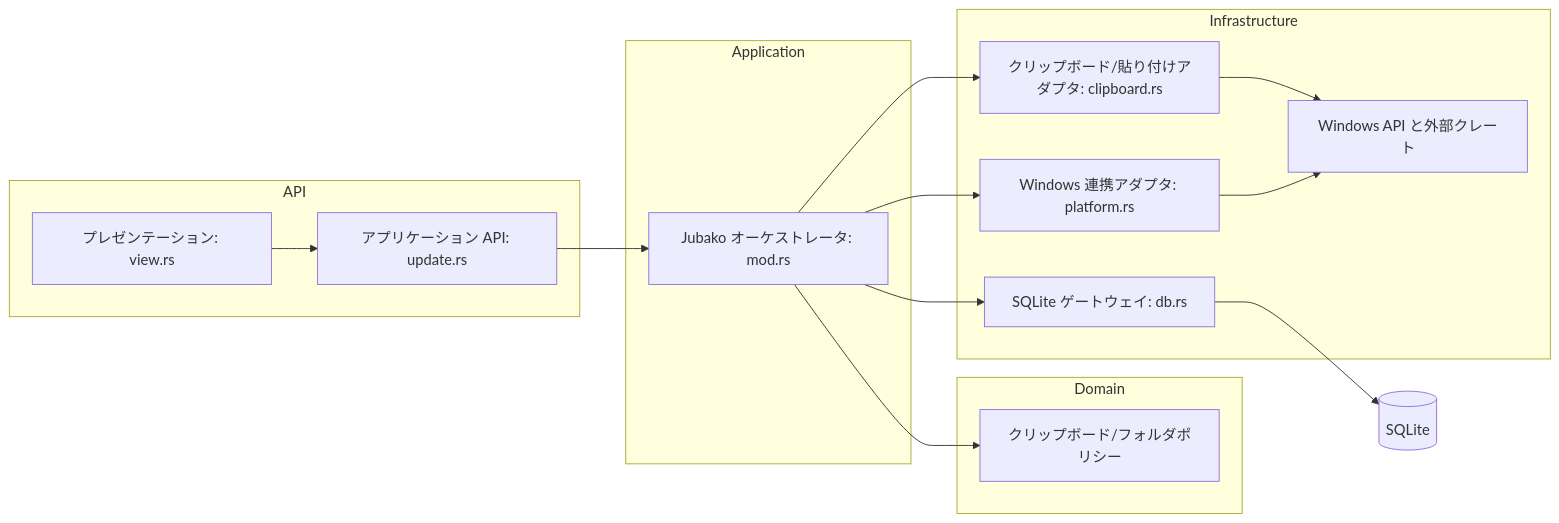
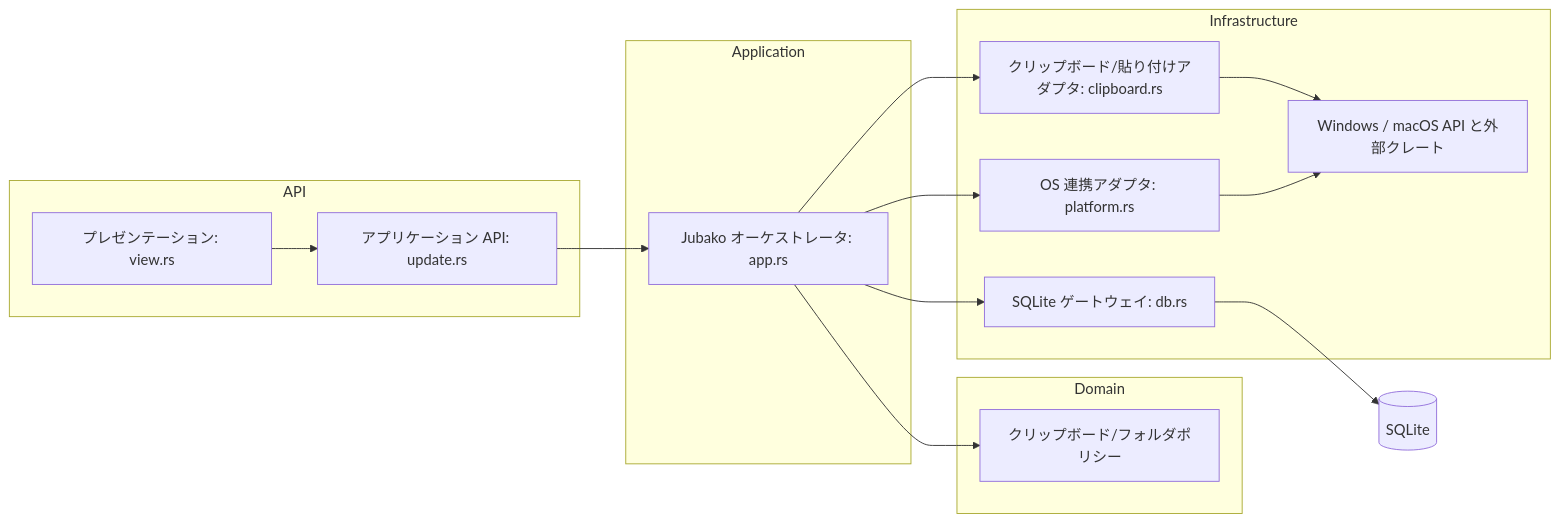
One commit to puuuii/Jubako changed the diagram in docs/architecture/02_components/components.md. Above: the diagram before and after it, drawn with Mermaid. The commit also changed other lines of this file and 25 other files, not shown here.

````diff
--- a/docs/architecture/02_components/components.md
+++ b/docs/architecture/02_components/components.md
@@ -9,32 +9,32 @@
 ```mermaid
 flowchart LR
     subgraph API
         View[プレゼンテーション: view.rs]
         Update[アプリケーション API: update.rs]
     end
 
     subgraph Application
-        AppState[Jubako オーケストレータ: mod.rs]
+        AppState[Jubako オーケストレータ: app.rs]
     end
 
     subgraph Domain
         Policies[クリップボード/フォルダポリシー]
     end
 
     subgraph Infrastructure
         Db[SQLite ゲートウェイ: db.rs]
         ClipAdapter[クリップボード/貼り付けアダプタ: clipboard.rs]
-        Platform[Windows 連携アダプタ: platform.rs]
-        OS[Windows API と外部クレート]
+        Platform[OS 連携アダプタ: platform.rs]
+        OS[Windows / macOS API と外部クレート]
     end
 
     View --> Update
     Update --> AppState
     AppState --> Policies
     AppState --> Db
     AppState --> ClipAdapter
     AppState --> Platform
     ClipAdapter --> OS
     Platform --> OS
     Db --> SQLite[(SQLite)]
 ```
````
